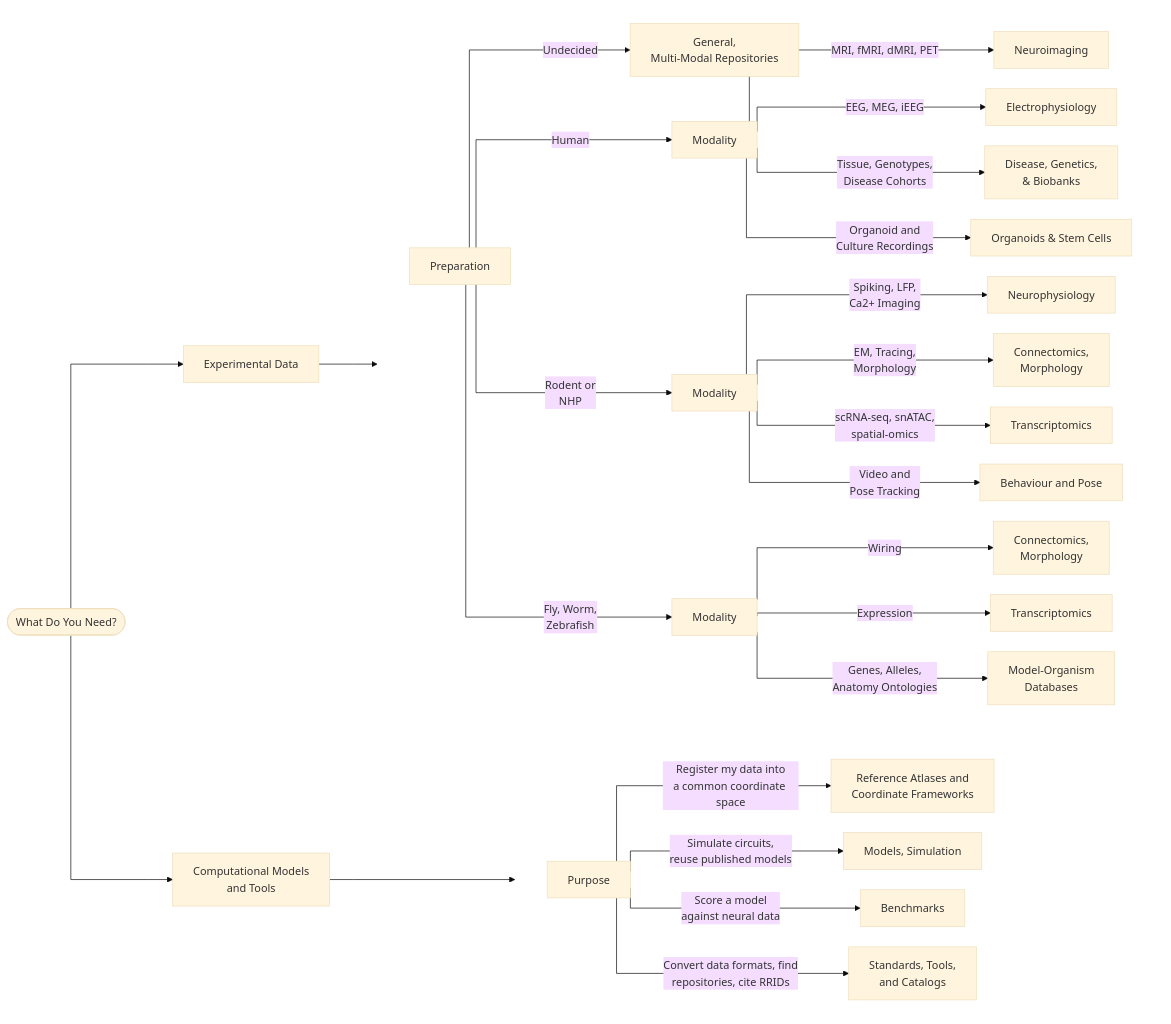
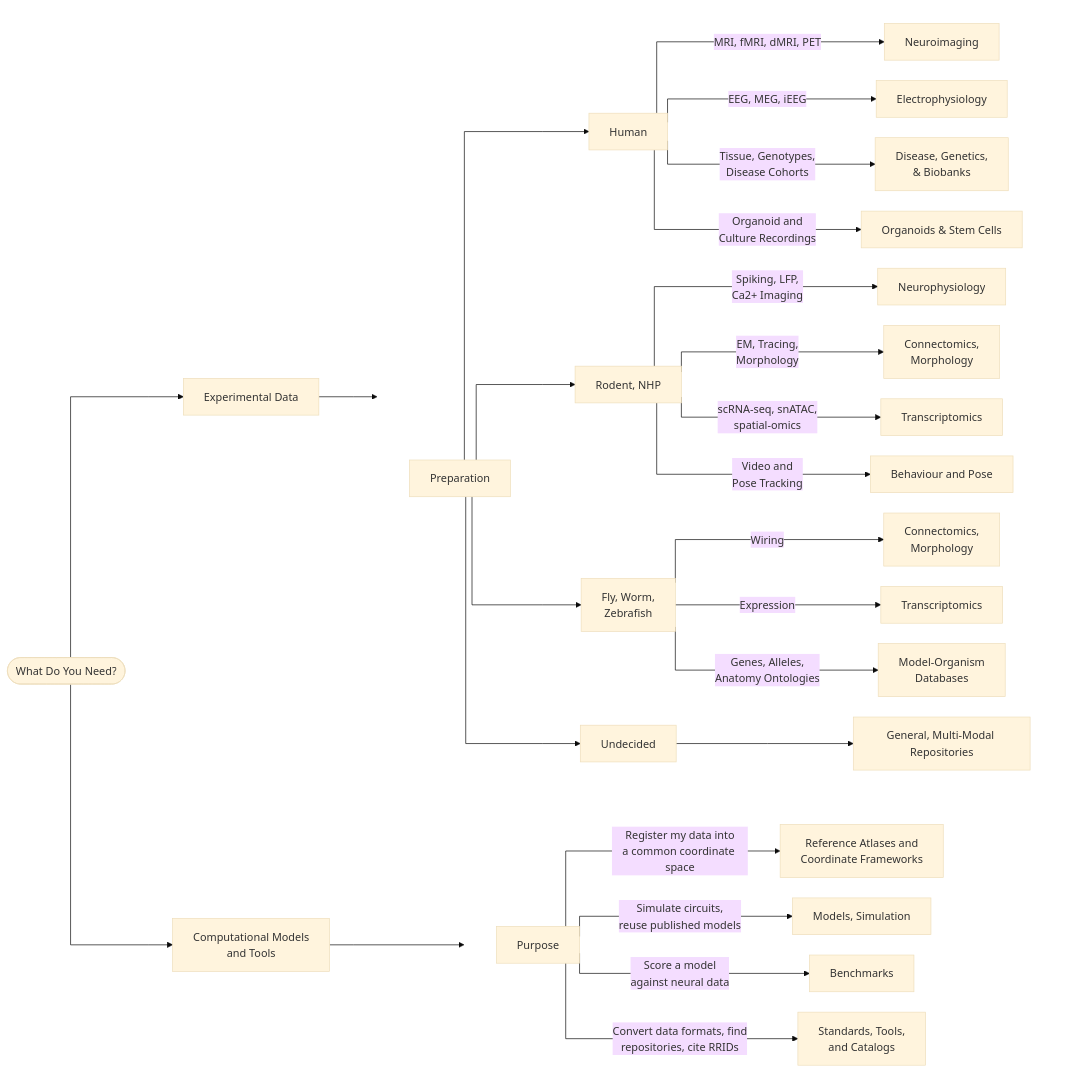
Before and after one commit to lauramedlock/neuroarchives: the diagram in docs/index.md, drawn with Mermaid (base theme).

Commit message:
Refactor PREP connections in index.md

````diff
--- a/docs/index.md
+++ b/docs/index.md
@@ -41,42 +41,44 @@
 ```mermaid
 %%{init: {"flowchart": {"curve": "stepBefore", "useMaxWidth": true, "rankSpacing": 70, "nodeSpacing": 30}} }%%
 flowchart LR
     START([What Do You Need?])
     START --> EXP[Experimental Data]
     START --> MOD[Computational Models<br>and Tools]
     EXP --> PREP[Preparation]
     MOD --> PURPOSE[Purpose]
 
     subgraph expArm [ ]
     direction LR
-    PREP -->|Undecided| GEN[General,<br>Multi-Modal Repositories]
-    PREP -->|Human| HU[Modality]
-    PREP -->|Rodent or<br>NHP| RO[Modality]
-    PREP -->|Fly, Worm,<br>Zebrafish| INV[Modality]
+    PREP -->GEN[Undecided]
+    PREP -->HU[Human]
+    PREP -->RO[Rodent, NHP]
+    PREP -->INV[Fly, Worm,<br>Zebrafish]
 
     HU -->|MRI, fMRI, dMRI, PET| E1[Neuroimaging]
     HU -->|EEG, MEG, iEEG| E2[Electrophysiology]
     HU -->|Tissue, Genotypes,<br>Disease Cohorts| E3[Disease, Genetics,<br>& Biobanks]
     HU -->|Organoid and<br>Culture Recordings| E4[Organoids & Stem Cells]
 
     RO -->|Spiking, LFP,<br>Ca2+ Imaging| E5[Neurophysiology]
     RO -->|EM, Tracing,<br>Morphology| E6[Connectomics,<br>Morphology]
     RO -->|scRNA-seq, snATAC,<br>spatial-omics| E7[Transcriptomics]
     RO -->|Video and<br>Pose Tracking| E8[Behaviour and Pose]
 
     INV -->|Wiring| E6b[Connectomics,<br>Morphology]
     INV -->|Expression| E7b[Transcriptomics]
     INV -->|Genes, Alleles,<br>Anatomy Ontologies| E9[Model-Organism<br>Databases]
+
+    GEN --> E10[General, Multi-Modal Repositories]
     end
 
     subgraph modArm [ ]
     direction LR
     PURPOSE -->|Register my data into<br>a common coordinate space| M1[Reference Atlases and<br>Coordinate Frameworks]
     PURPOSE -->|Simulate circuits,<br>reuse published models| M2[Models, Simulation]
     PURPOSE -->|Score a model<br>against neural data| M4[Benchmarks]
     PURPOSE -->|Convert data formats, find<br>repositories, cite RRIDs| M3[Standards, Tools,<br>and Catalogs]
     end
 
     style expArm fill:none,stroke:none
     style modArm fill:none,stroke:none
 ```
````
